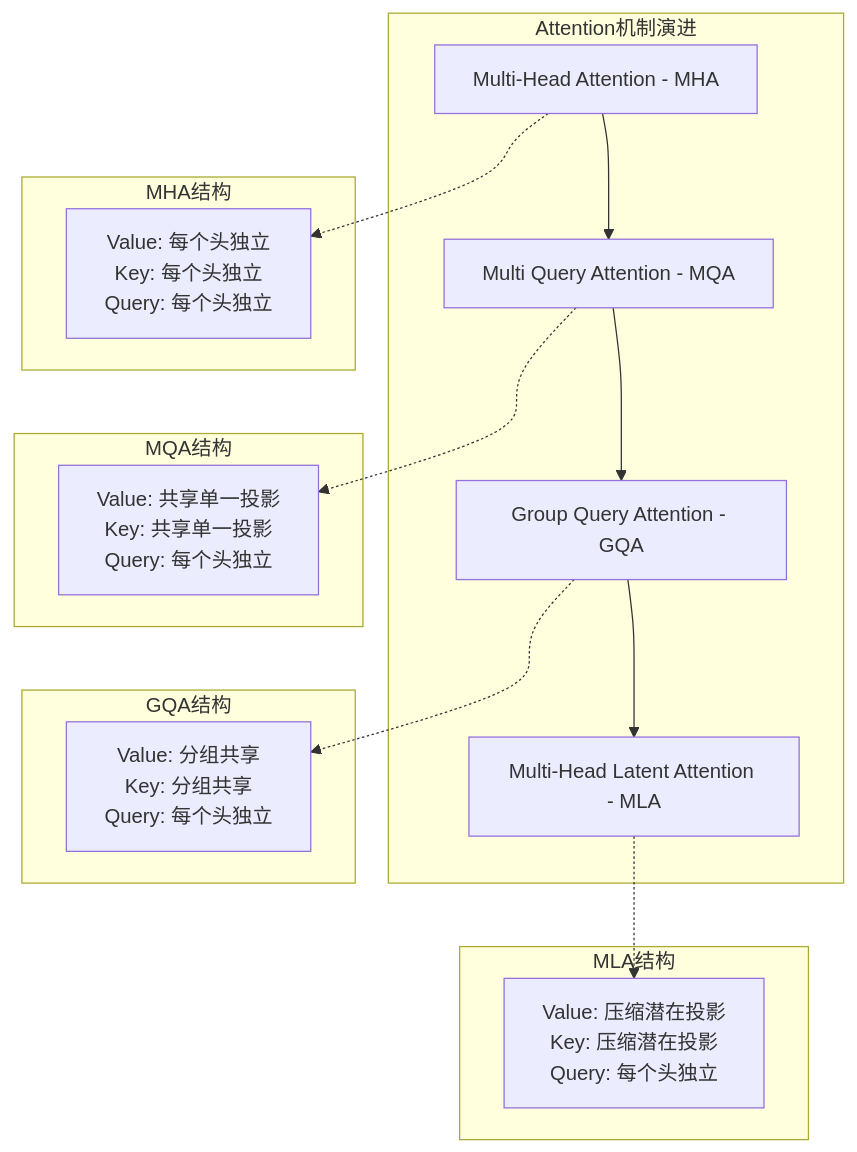
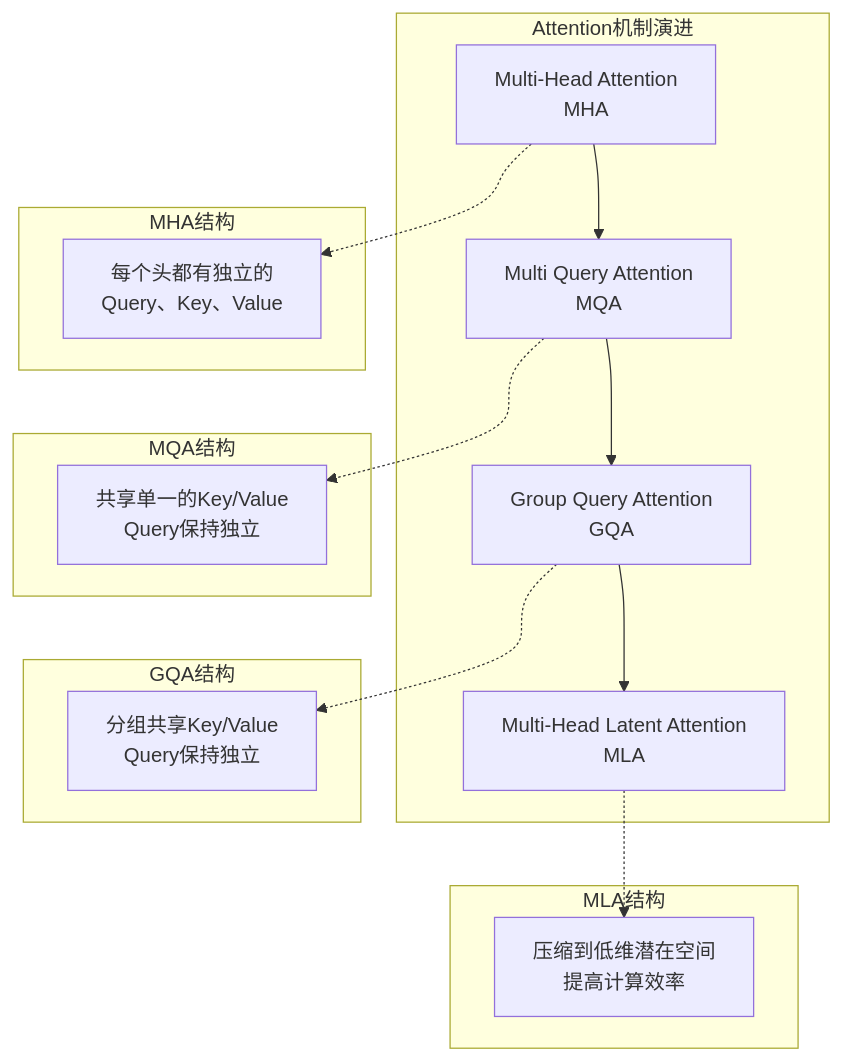
The diagram in docs/llm-infra/inference-optimization/pipeline-optimization.md (YAMY1234/yamy-knowledge), drawn with Mermaid before and after one commit. The commit also changed 3 other files, not shown here.

Commit message:
update mermaid plugin

````diff
--- a/docs/llm-infra/inference-optimization/pipeline-optimization.md
+++ b/docs/llm-infra/inference-optimization/pipeline-optimization.md
@@ -88,29 +88,29 @@
 ```mermaid
 graph TD
     subgraph "Attention机制演进"
-        A[Multi-Head Attention - MHA] --> B[Multi Query Attention - MQA]
-        B --> C[Group Query Attention - GQA]  
-        C --> D[Multi-Head Latent Attention - MLA]
+        A["Multi-Head Attention<br/>MHA"] --> B["Multi Query Attention<br/>MQA"]
+        B --> C["Group Query Attention<br/>GQA"]  
+        C --> D["Multi-Head Latent Attention<br/>MLA"]
     end
 
     subgraph "MHA结构"
-        A1["Value: 每个头独立<br/>Key: 每个头独立<br/>Query: 每个头独立"] 
+        A1["每个头都有独立的<br/>Query、Key、Value"] 
     end
     
     subgraph "MQA结构"
-        B1["Value: 共享单一投影<br/>Key: 共享单一投影<br/>Query: 每个头独立"]
+        B1["共享单一的Key/Value<br/>Query保持独立"]
     end
     
     subgraph "GQA结构"  
-        C1["Value: 分组共享<br/>Key: 分组共享<br/>Query: 每个头独立"]
+        C1["分组共享Key/Value<br/>Query保持独立"]
     end
     
     subgraph "MLA结构"
-        D1["Value: 压缩潜在投影<br/>Key: 压缩潜在投影<br/>Query: 每个头独立"]
+        D1["压缩到低维潜在空间<br/>提高计算效率"]
     end
     
     A -.-> A1
     B -.-> B1
     C -.-> C1
     D -.-> D1
 ```
````
